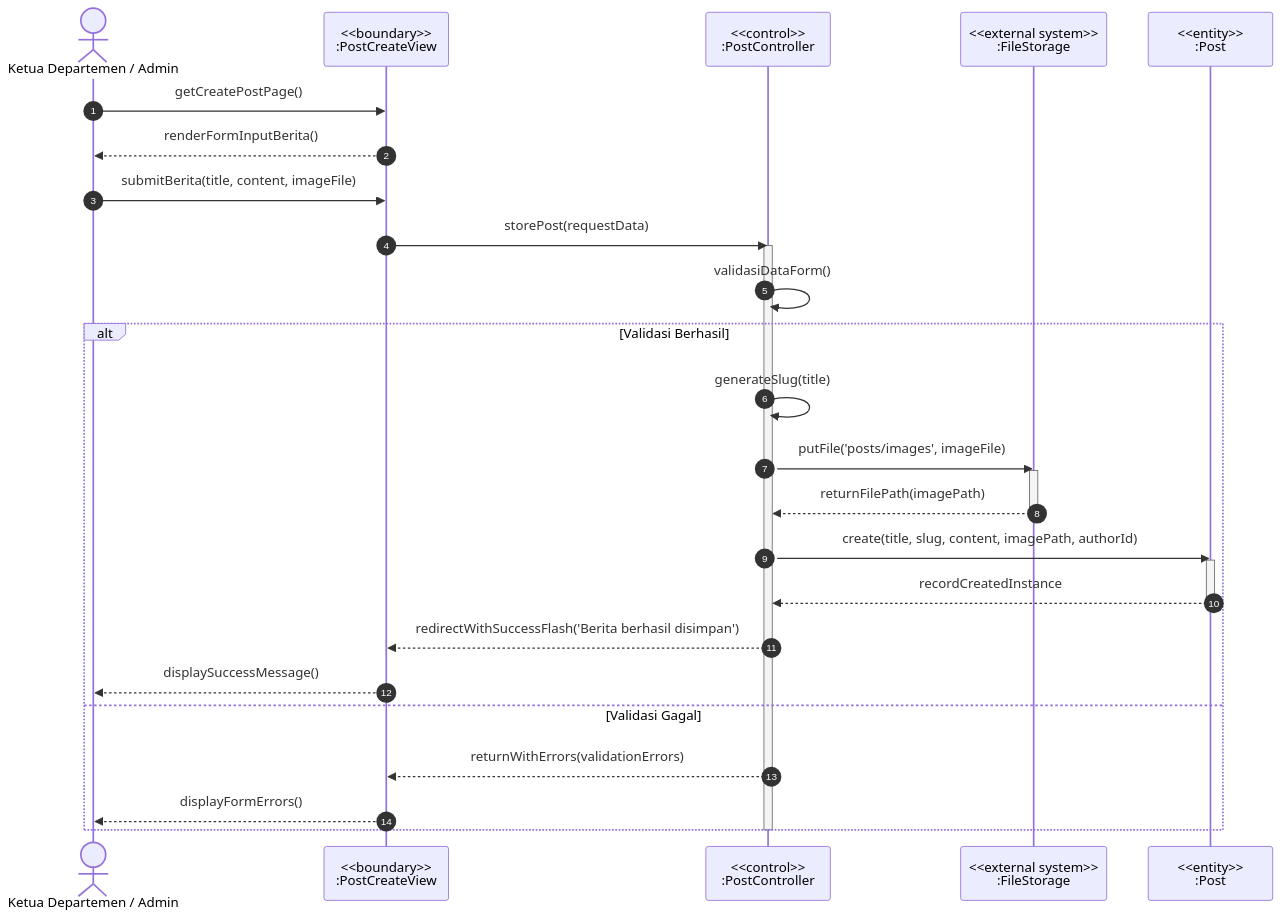
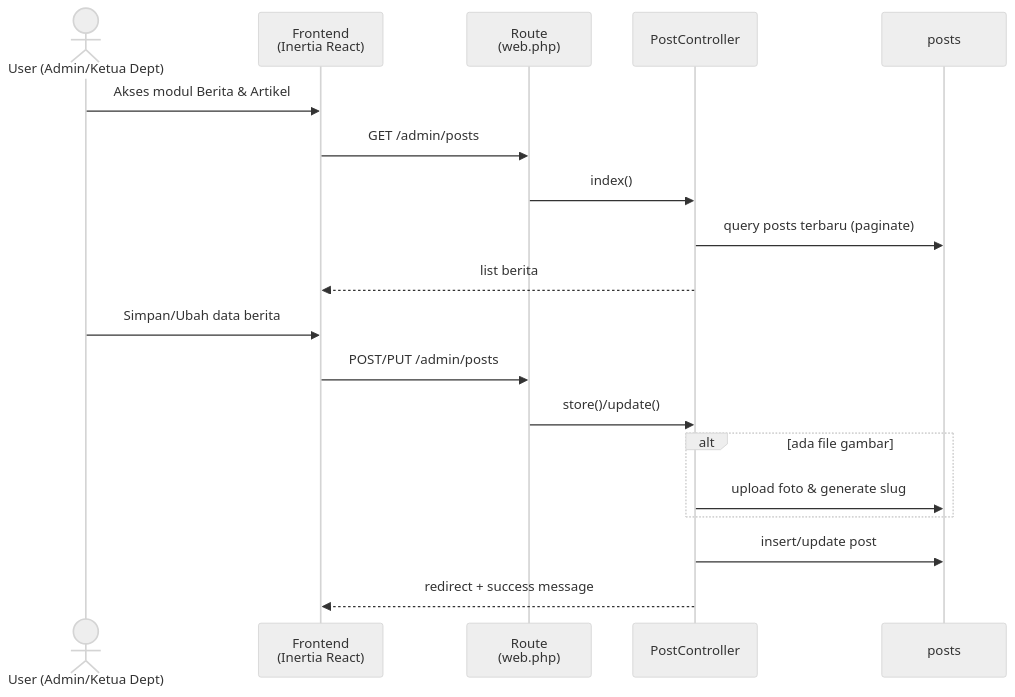
Before and after one commit to rizalmhmd/pk-ipnu-ippnu: the third of 7 diagrams in SEQUENCE_DIAGRAM.md, drawn with Mermaid. The commit also changed other lines of this file and 13 other files, not shown here.

````diff
--- a/SEQUENCE_DIAGRAM.md
+++ b/SEQUENCE_DIAGRAM.md
@@ -123,38 +72,23 @@
 ```mermaid
+%%{init: {'theme': 'neutral'}}%%
 sequenceDiagram
-    autonumber
-    actor Pengurus as Ketua Departemen / Admin
-    participant PostView as <<boundary>><br/>:PostCreateView
-    participant PostCtrl as <<control>><br/>:PostController
-    participant Storage as <<external system>><br/>:FileStorage
-    participant PostModel as <<entity>><br/>:Post
+    actor User as User (Admin/Ketua Dept)
+    participant FE as Frontend<br/>(Inertia React)
+    participant Route as Route<br/>(web.php)
+    participant Ctrl as PostController
+    participant DB as posts
 
-    Pengurus->>PostView: getCreatePostPage()
-    PostView-->>Pengurus: renderFormInputBerita()
-
-    Pengurus->>PostView: submitBerita(title, content, imageFile)
-    PostView->>PostCtrl: storePost(requestData)
-    activate PostCtrl
-
-    PostCtrl->>PostCtrl: validasiDataForm()
-
-    alt Validasi Berhasil
-        PostCtrl->>PostCtrl: generateSlug(title)
-        PostCtrl->>Storage: putFile('posts/images', imageFile)
-        activate Storage
-        Storage-->>PostCtrl: returnFilePath(imagePath)
-        deactivate Storage
-
-        PostCtrl->>PostModel: create(title, slug, content, imagePath, authorId)
-        activate PostModel
-        PostModel-->>PostCtrl: recordCreatedInstance
-        deactivate PostModel
-
-        PostCtrl-->>PostView: redirectWithSuccessFlash('Berita berhasil disimpan')
-        PostView-->>Pengurus: displaySuccessMessage()
-    else Validasi Gagal
-        PostCtrl-->>PostView: returnWithErrors(validationErrors)
-        PostView-->>Pengurus: displayFormErrors()
+    User->>FE: Akses modul Berita & Artikel
+    FE->>Route: GET /admin/posts
+    Route->>Ctrl: index()
+    Ctrl->>DB: query posts terbaru (paginate)
+    Ctrl-->>FE: list berita
+    User->>FE: Simpan/Ubah data berita
+    FE->>Route: POST/PUT /admin/posts
+    Route->>Ctrl: store()/update()
+    alt ada file gambar
+        Ctrl->>DB: upload foto & generate slug
     end
-    deactivate PostCtrl
+    Ctrl->>DB: insert/update post
+    Ctrl-->>FE: redirect + success message
 ```
````
